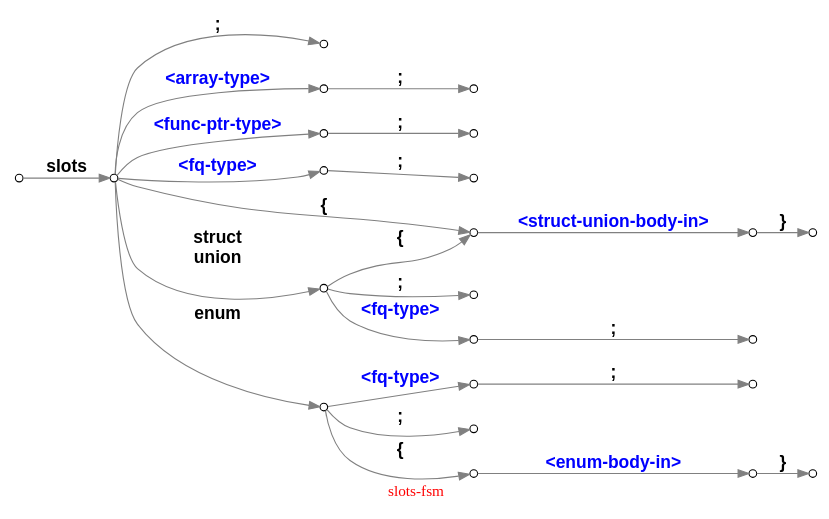
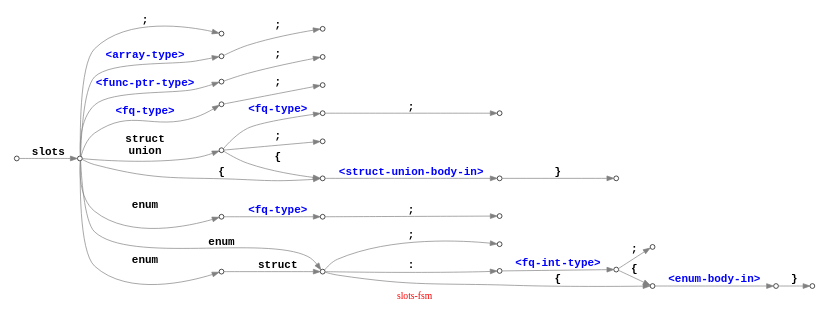
Before and after one commit to Ayyzee/dakota: the diagram in slots-fsm.dot, drawn with Graphviz.

Commit message:
Added back in support for enum base.

```diff
--- a/slots-fsm.dot
+++ b/slots-fsm.dot
@@ -1,57 +1,73 @@
 // -*- mode: c++ -*-
 
-// slots <array-type>    ;        =>  typealias   slots-t = <array-type>    ;
-// slots <func-ptr-type> ;        =>  typealias   slots-t = <func-ptr-type> ;
+// slots <array-type>        ;        =>  typealias   slots-t = <array-type>      ;
+// slots <func-ptr-type>     ;        =>  typealias   slots-t = <func-ptr-type>   ;
 
-// slots         <>      ;        =>  typealias   slots-t =         <>      ;
-// slots struct  <>      ;        =>  typealias   slots-t = struct  <>      ;
-// slots union   <>      ;        =>  typealias   slots-t = union   <>      ;
-// slots enum    <>      ;        =>  typealias   slots-t = enum    <>      ;
+// slots             <>      ;        =>  typealias   slots-t =        <>         ;
+// slots struct      <>      ;        =>  typealias   slots-t = struct <>         ;
+// slots union       <>      ;        =>  typealias   slots-t = union  <>         ;
+// slots enum        <>      ;        =>  typealias   slots-t = enum   <>         ;
 
-// slots                 ;        =>  struct      slots-t                   ;
-// slots                 { ... }  =>  struct      slots-t                   { ... }
+// slots                     ;        =>  struct      slots-t                     ;
+// slots                     { ... }  =>  struct      slots-t                     { ... }
 
-// slots struct          ;        =>  struct      slots-t                   ;
-// slots struct          { ... }  =>  struct      slots-t                   { ... }
+// slots struct              ;        =>  struct      slots-t                     ;
+// slots struct              { ... }  =>  struct      slots-t                     { ... }
 
-// slots union           ;        =>  union       slots-t                   ;
-// slots union           { ... }  =>  union       slots-t                   { ... }
+// slots union               ;        =>  union       slots-t                     ;
+// slots union               { ... }  =>  union       slots-t                     { ... }
 
-// slots enum            ;        =>  enum struct slots-t                   ;
-// slots enum            { ... }  =>  enum struct slots-t                   { ... }
+// slots enum                ;        =>  enum        slots-t             : int-t ;
+// slots enum                { ... }  =>  enum        slots-t             : int-t { ... }
+//
+// slots enum           : <> ;        =>  enum        slots-t             : <>    ;
+// slots enum           : <> { ... }  =>  enum        slots-t             : <>    { ... }
+
+// slots enum struct         ;        =>  enum struct slots-t                     ;
+// slots enum struct         { ... }  =>  enum struct slots-t                     { ... }
+//
+// slots enum struct    : <> ;        =>  enum struct slots-t             : <>    ;
+// slots enum struct    : <> { ... }  =>  enum struct slots-t             : <>    { ... }
 
 digraph "slots-fsm" {
   graph [ rankdir = LR, label = "\G", fontcolor = red ];
   //graph [ page = "8.5,11" ];
   graph [ size = "7.5,10" ];
-  edge [ fontsize = 16, fontname = "helvetica-bold", color = grey ];
+  edge [ fontsize = 16, fontname = "courier-bold", color = grey ];
   node [ shape = circle, fontsize = 12, width = 0.3, fixedsize = true ];
   node [ label = "", width = 0.1 ];
 
   000 -> 010 [ label = "slots" ];
 
   010 -> 015 [ label = ";" ];
   010 -> 141 [ label = "<array-type>", fontcolor = blue ];
   010 -> 142 [ label = "<func-ptr-type>", fontcolor = blue ];
   010 -> 140 [ label = "<fq-type>", fontcolor = blue ];
   140 -> 145 [ label = ";" ];
   141 -> 146 [ label = ";" ];
   142 -> 147 [ label = ";" ];
 
   010 -> 100 [ label = "struct\nunion" ];
   010 -> 110 [ label = "{" ];
   100 -> 110 [ label = "{" ];
   100 -> 105 [ label = ";" ];
   100 -> 150 [ label = "<fq-type>", fontcolor = blue ];
   150 -> 160 [ label = ";" ];
   110 -> 120 [ label = "<struct-union-body-in>", fontcolor = blue ];
   120 -> 130 [ label = "}" ];
 
-  010 -> 030 [ label = "enum" ];
-  030 -> 170 [ label = "<fq-type>", fontcolor = blue ];
+  010 -> 031 [ label = "enum" ];
+  031 -> 170 [ label = "<fq-type>", fontcolor = blue ];
   170 -> 180 [ label = ";" ];
   030 -> 035 [ label = ";" ];
+  010 -> 020 [ label = "enum" ];
+  010 -> 030 [ label = "enum" ];
+  020 -> 030 [ label = "struct" ];
+  030 -> 040 [ label = ":" ];
   030 -> 060 [ label = "{" ];
+  040 -> 050 [ label = "<fq-int-type>", fontcolor = blue ];
+  050 -> 060 [ label = "{" ];
+  050 -> 055 [ label = ";" ];
   060 -> 070 [ label = "<enum-body-in>", fontcolor = blue ];
   070 -> 080 [ label = "}" ];
 }
```
